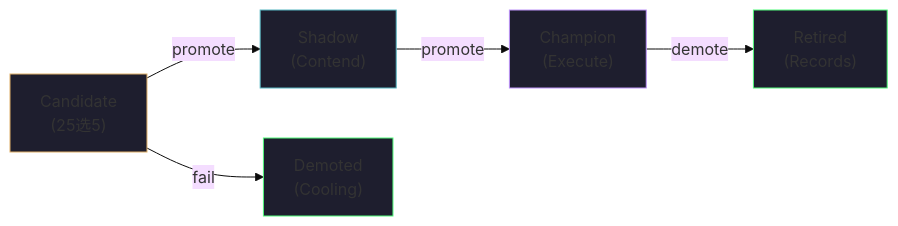
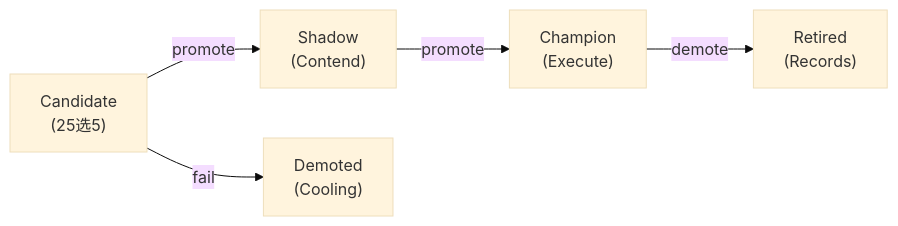
One commit to Timwood0x10/myblog changed the first of 2 diagrams in content/log/ARES/24.4-ga-promoter.md. Above: the diagram before and after it, drawn with Mermaid (base theme). The commit also changed other lines of this file and 11 other files, not shown here.

Commit message:
refactor(theme): unify Mermaid chart theme styles

````diff
--- a/content/log/ARES/24.4-ga-promoter.md
+++ b/content/log/ARES/24.4-ga-promoter.md
@@ -21,13 +21,8 @@
 ```mermaid
 flowchart LR
     A["Candidate\n(25选5)"] -->|promote| B["Shadow\n(Contend)"]
     B -->|promote| C["Champion\n(Execute)"]
     A -->|fail| D["Demoted\n(Cooling)"]
     C -->|demote| E["Retired\n(Records)"]
 
-    style A fill:#1e1e2e,stroke:#e0af68
-    style B fill:#1e1e2e,stroke:#56b6c2
-    style C fill:#1e1e2e,stroke:#bd93f9
-    style D fill:#1e1e2e,stroke:#50fa7b
-    style E fill:#1e1e2e,stroke:#50fa7b
 ```
````
